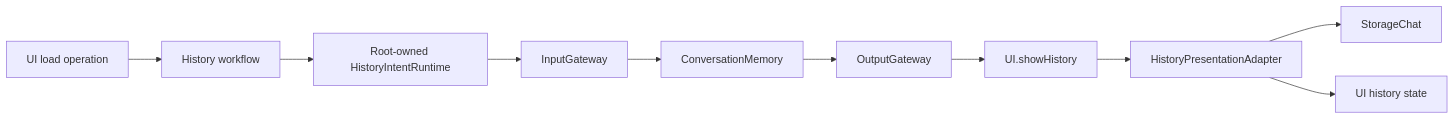
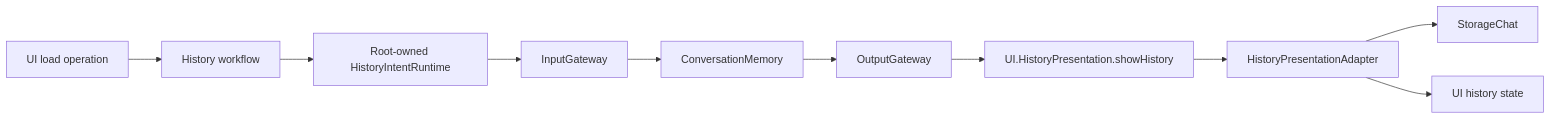
One commit to devilyouwei/MobileHarness changed the diagram in MobileHarness/App/Workflows/History/README.md. Above: the diagram before and after it, drawn with Mermaid. The commit also changed other lines of this file and 238 other files, not shown here.

````diff
--- a/MobileHarness/App/Workflows/History/README.md
+++ b/MobileHarness/App/Workflows/History/README.md
@@ -9,12 +9,12 @@
 ```mermaid
 flowchart LR
     Page[UI load operation] --> Workflow[History workflow]
     Workflow --> Intent[Root-owned HistoryIntentRuntime]
     Intent --> Input[InputGateway]
     Input --> Agent[ConversationMemory]
     Agent --> Output[OutputGateway]
-    Output --> Tool[UI.showHistory]
+    Output --> Tool[UI.HistoryPresentation.showHistory]
     Tool --> Adapter[HistoryPresentationAdapter]
     Adapter --> Journal[StorageChat]
     Adapter --> State[UI history state]
 ```
````
